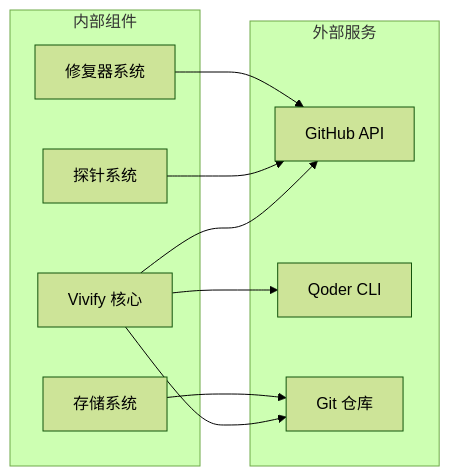
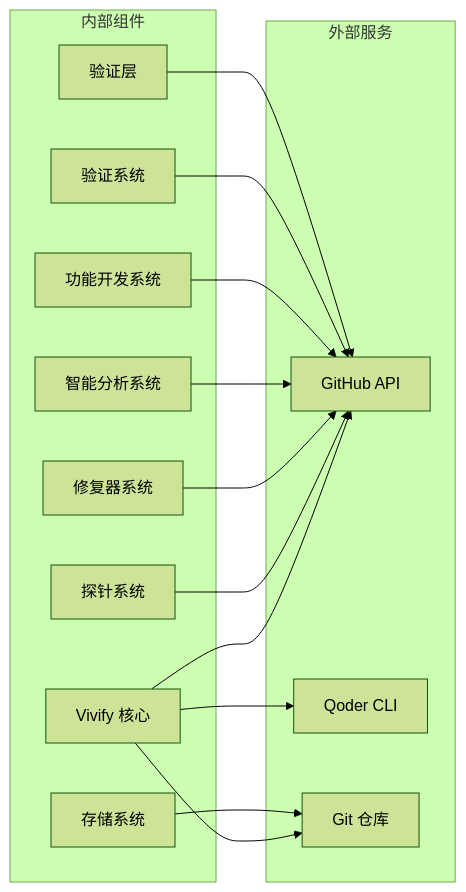
Before and after one commit to pinsonchen/vivify: the fourth of 6 diagrams in .qoder/repowiki/zh/content/项目概述.md, drawn with Mermaid (forest theme). The commit also changed other lines of this file and 25 other files, not shown here.

````diff
--- a/.qoder/repowiki/zh/content/项目概述.md
+++ b/.qoder/repowiki/zh/content/项目概述.md
@@ -241,20 +316,28 @@
 ```mermaid
 graph LR
 subgraph "外部服务"
 GitHub[GitHub API]
 QoderCLI[Qoder CLI]
 Git[Git 仓库]
 end
 subgraph "内部组件"
 Vivify[Vivify 核心]
 Probes[探针系统]
 Fixers[修复器系统]
+Intelligence[智能分析系统]
+Development[功能开发系统]
+Verification[验证系统]
+Harness[验证层]
 Storage[存储系统]
 end
 Vivify --> GitHub
 Vivify --> QoderCLI
 Vivify --> Git
 Probes --> GitHub
 Fixers --> GitHub
+Intelligence --> GitHub
+Development --> GitHub
+Verification --> GitHub
+Harness --> GitHub
 Storage --> Git
 ```
````
